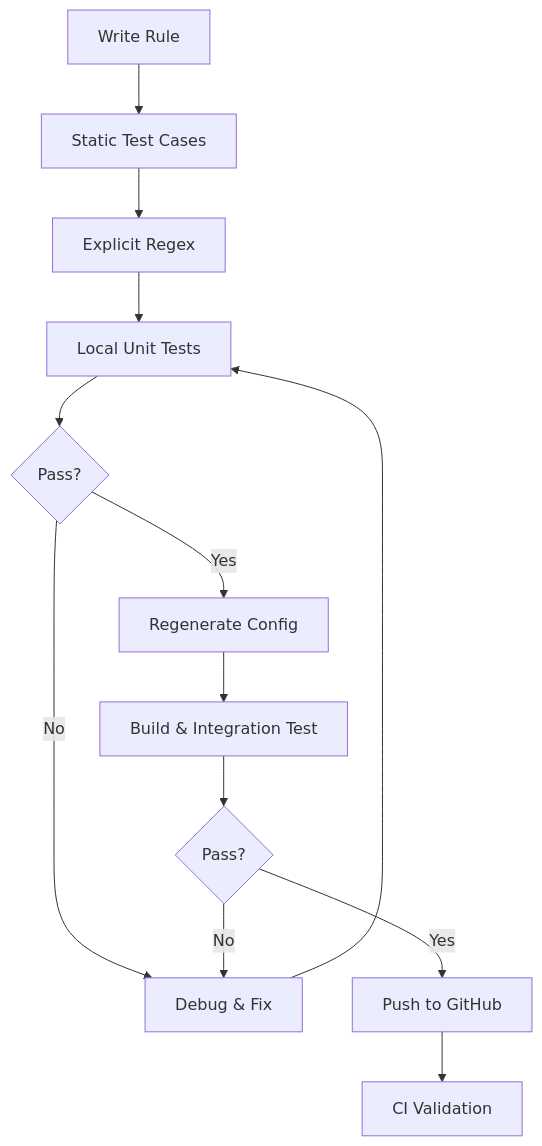
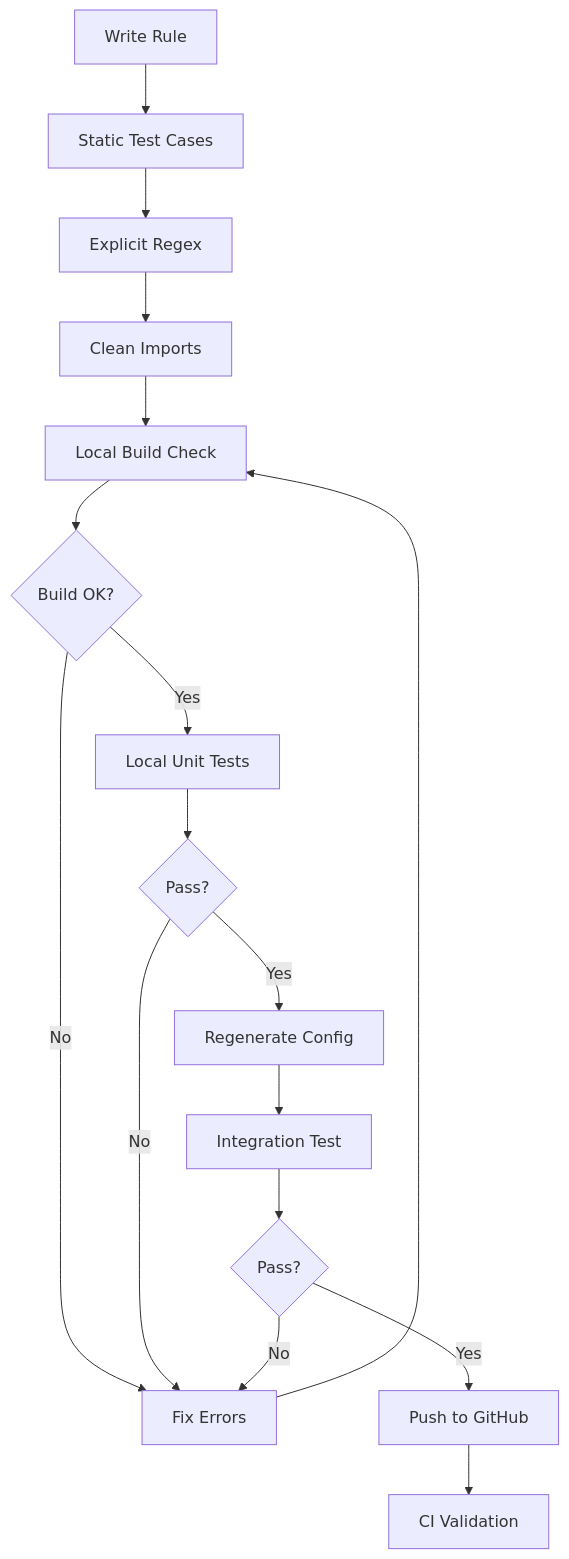
The diagram in FIXES_SUMMARY.md (gitleaks/gitleaks), drawn with Mermaid before and after one commit. The commit also changed other lines of this file, not shown here.

````diff
--- a/FIXES_SUMMARY.md
+++ b/FIXES_SUMMARY.md
@@ -226,15 +302,19 @@
 ```mermaid
 graph TD
     A[Write Rule] --> B[Static Test Cases]
     B --> C[Explicit Regex]
-    C --> D[Local Unit Tests]
-    D --> E{Pass?}
-    E -->|No| F[Debug & Fix]
-    F --> D
-    E -->|Yes| G[Regenerate Config]
-    G --> H[Build & Integration Test]
+    C --> D[Clean Imports]
+    D --> E[Local Build Check]
+    E --> F{Build OK?}
+    F -->|No| G[Fix Errors]
+    G --> E
+    F -->|Yes| H[Local Unit Tests]
     H --> I{Pass?}
-    I -->|No| F
-    I -->|Yes| J[Push to GitHub]
-    J --> K[CI Validation]
+    I -->|No| G
+    I -->|Yes| J[Regenerate Config]
+    J --> K[Integration Test]
+    K --> L{Pass?}
+    L -->|No| G
+    L -->|Yes| M[Push to GitHub]
+    M --> N[CI Validation]
 ```
````
